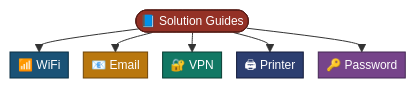
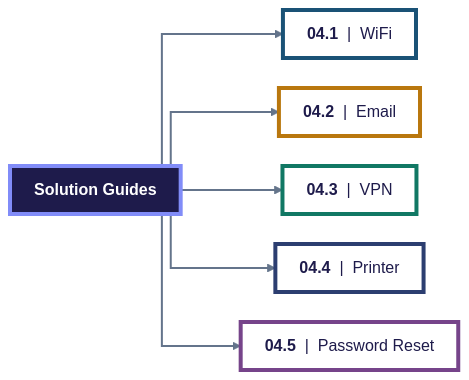
One commit to malaika-azhar/Customer-Tech-Support-Portfolio changed the diagram in 04-Solution-guides/INDEX.md. Above: the diagram before and after it, drawn with Mermaid.

````diff
--- a/04-Solution-guides/INDEX.md
+++ b/04-Solution-guides/INDEX.md
@@ -9,16 +9,32 @@
 ```mermaid
-%%{init: {'themeVariables': {'fontSize': '12px'}, 'flowchart': {'nodeSpacing': 15, 'rankSpacing': 20, 'padding': 4}}}%%
-flowchart TD
-    R(["📘 Solution Guides"]):::root --> G1["📶 WiFi"]:::g1
-    R --> G2["📧 Email"]:::g2
-    R --> G3["🔐 VPN"]:::g3
-    R --> G4["🖨 Printer"]:::g4
-    R --> G5["🔑 Password"]:::g5
+%%{init: {'flowchart': {'curve': 'step', 'nodeSpacing': 30, 'rankSpacing': 60, 'padding': 12}}}%%
+flowchart LR
+    R["<b>Solution Guides</b>"]
 
-    classDef root fill:#943126,stroke:#571C16,stroke-width:1px,color:#FFFFFF
-    classDef g1 fill:#1A5276,stroke:#0B2E43,stroke-width:1px,color:#FFFFFF
-    classDef g2 fill:#B9770E,stroke:#6E4409,stroke-width:1px,color:#FFFFFF
-    classDef g3 fill:#117864,stroke:#083D33,stroke-width:1px,color:#FFFFFF
-    classDef g4 fill:#2C3E70,stroke:#131B3A,stroke-width:1px,color:#FFFFFF
-    classDef g5 fill:#76448A,stroke:#432752,stroke-width:1px,color:#FFFFFF
+    G1["<b>04.1</b> &nbsp;|&nbsp; WiFi"]
+    G2["<b>04.2</b> &nbsp;|&nbsp; Email"]
+    G3["<b>04.3</b> &nbsp;|&nbsp; VPN"]
+    G4["<b>04.4</b> &nbsp;|&nbsp; Printer"]
+    G5["<b>04.5</b> &nbsp;|&nbsp; Password Reset"]
+
+    R --> G1
+    R --> G2
+    R --> G3
+    R --> G4
+    R --> G5
+
+    classDef root fill:#1E1B4B,stroke:#818CF8,stroke-width:4px,color:#ffffff
+    classDef g1 fill:#FFFFFF,stroke:#1A5276,stroke-width:4px,color:#1E1B4B
+    classDef g2 fill:#FFFFFF,stroke:#B9770E,stroke-width:4px,color:#1E1B4B
+    classDef g3 fill:#FFFFFF,stroke:#117864,stroke-width:4px,color:#1E1B4B
+    classDef g4 fill:#FFFFFF,stroke:#2C3E70,stroke-width:4px,color:#1E1B4B
+    classDef g5 fill:#FFFFFF,stroke:#76448A,stroke-width:4px,color:#1E1B4B
+
+    class R root
+    class G1 g1
+    class G2 g2
+    class G3 g3
+    class G4 g4
+    class G5 g5
+    linkStyle 0,1,2,3,4 stroke:#64748B,stroke-width:2px
 ```
````
